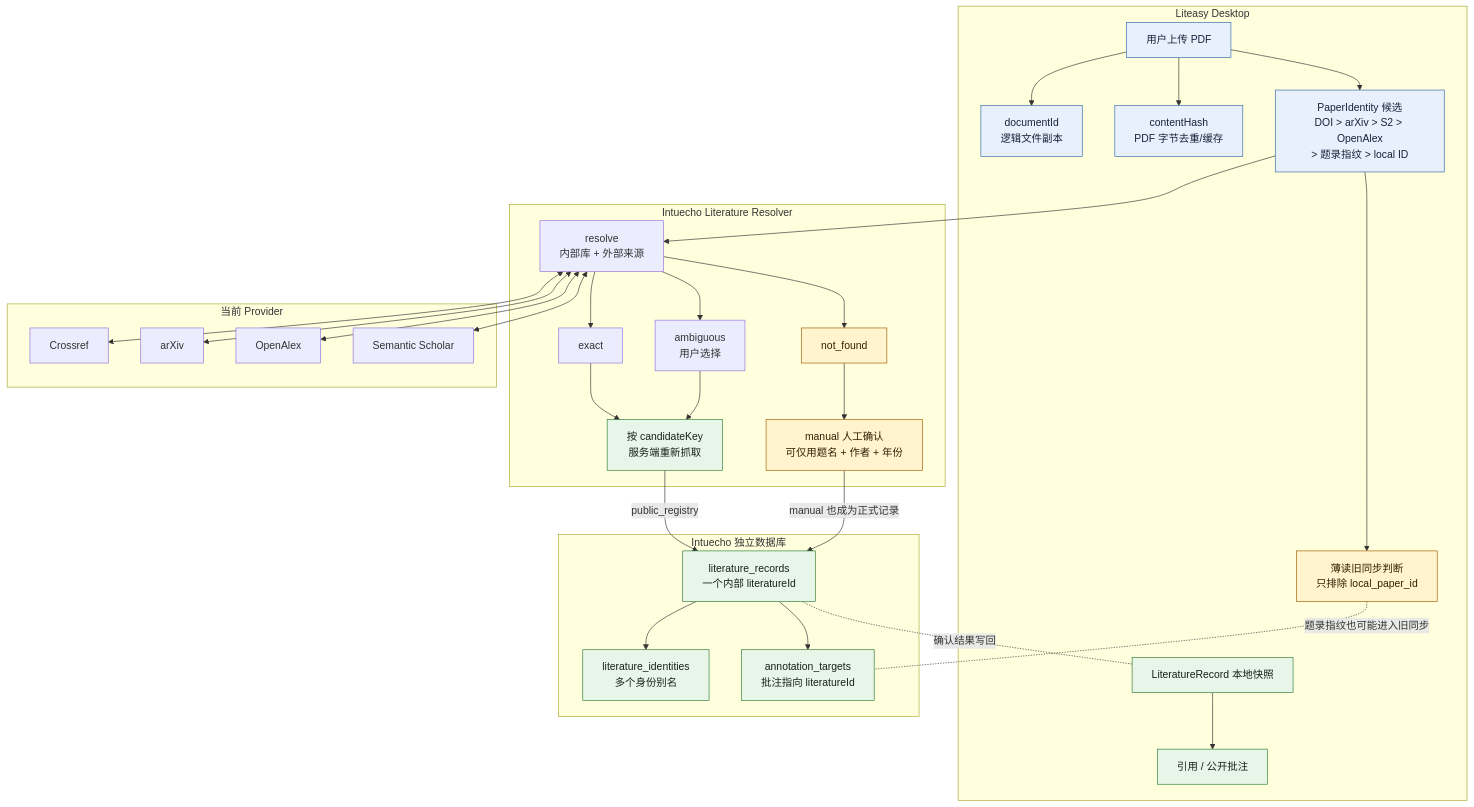
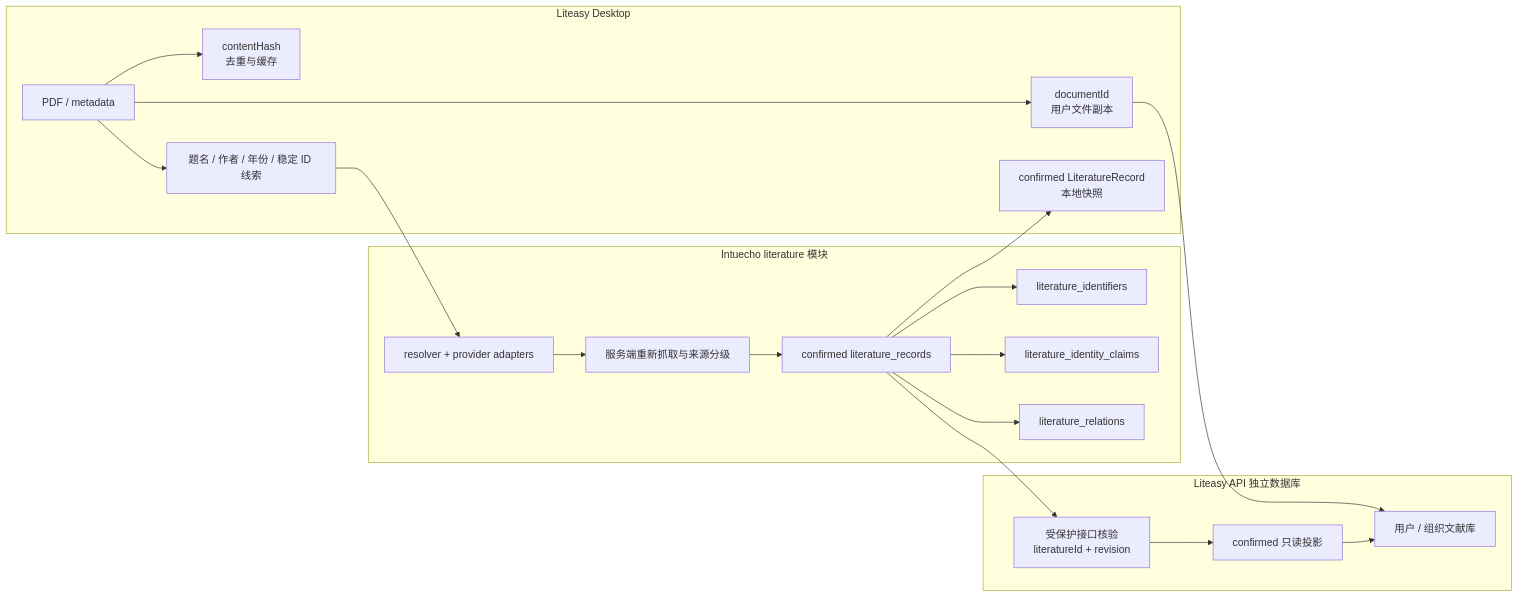
The diagram in docs/design/文献身份.md (Hash012/Liteasy), drawn with Mermaid before and after one commit. The commit also changed other lines of this file and 7 other files, not shown here.

````diff
--- a/docs/design/文献身份.md
+++ b/docs/design/文献身份.md
@@ -3,69 +8,36 @@
 ```mermaid
-flowchart TB
+flowchart LR
   subgraph Desktop["Liteasy Desktop"]
-    PDF["用户上传 PDF"]
-    DOC["documentId<br/>逻辑文件副本"]
-    HASH["contentHash<br/>PDF 字节去重/缓存"]
-    PI["PaperIdentity 候选<br/>DOI > arXiv > S2 > OpenAlex<br/>> 题录指纹 > local ID"]
-    SNAP["LiteratureRecord 本地快照"]
-    PUB["引用 / 公开批注"]
-    LEGACY["薄读旧同步判断<br/>只排除 local_paper_id"]
+    PDF["PDF / metadata"]
+    DOC["documentId<br/>用户文件副本"]
+    HASH["contentHash<br/>去重与缓存"]
+    HINT["题名 / 作者 / 年份 / 稳定 ID 线索"]
+    LOCAL["confirmed LiteratureRecord<br/>本地快照"]
   end
 
-  subgraph Resolver["Intuecho Literature Resolver"]
-    RESOLVE["resolve<br/>内部库 + 外部来源"]
-    EXACT["exact"]
-    AMBIG["ambiguous<br/>用户选择"]
-    NOTFOUND["not_found"]
-    REFETCH["按 candidateKey<br/>服务端重新抓取"]
-    MANUAL["manual 人工确认<br/>可仅用题名 + 作者 + 年份"]
+  subgraph Intuecho["Intuecho literature 模块"]
+    RESOLVE["resolver + provider adapters"]
+    REFRESH["服务端重新抓取与来源分级"]
+    RECORD["confirmed literature_records"]
+    IDS["literature_identifiers"]
+    CLAIMS["literature_identity_claims"]
+    RELATIONS["literature_relations"]
   end
 
-  subgraph Providers["当前 Provider"]
-    CROSSREF["Crossref"]
-    ARXIV["arXiv"]
-    OPENALEX["OpenAlex"]
-    S2["Semantic Scholar"]
-  end
-
-  subgraph IntuechoDB["Intuecho 独立数据库"]
-    RECORD["literature_records<br/>一个内部 literatureId"]
-    IDS["literature_identities<br/>多个身份别名"]
-    TARGET["annotation_targets<br/>批注指向 literatureId"]
+  subgraph LiteasyApi["Liteasy API 独立数据库"]
+    VERIFY["受保护接口核验<br/>literatureId + revision"]
+    PROJECTION["confirmed 只读投影"]
+    LIBRARY["用户 / 组织文献库"]
   end
 
   PDF --> DOC
   PDF --> HASH
-  PDF --> PI
-
-  PI --> RESOLVE
-  RESOLVE <--> CROSSREF
-  RESOLVE <--> ARXIV
-  RESOLVE <--> OPENALEX
-  RESOLVE <--> S2
-
-  RESOLVE --> EXACT
-  RESOLVE --> AMBIG
-  RESOLVE --> NOTFOUND
-  EXACT --> REFETCH
-  AMBIG --> REFETCH
-  NOTFOUND --> MANUAL
-
-  REFETCH -->|public_registry| RECORD
-  MANUAL -->|manual 也成为正式记录| RECORD
+  PDF --> HINT
+  HINT --> RESOLVE --> REFRESH --> RECORD
   RECORD --> IDS
-  RECORD --> TARGET
-  RECORD -.确认结果写回.- SNAP
-  SNAP --> PUB
-
-  PI --> LEGACY
-  LEGACY -.题录指纹也可能进入旧同步.- TARGET
-
-  classDef formal fill:#e8f5e9,stroke:#2e7d32,color:#172019;
-  classDef warn fill:#fff4ce,stroke:#a15c00,color:#302000;
-  classDef local fill:#e8f0fe,stroke:#3568a8,color:#172238;
-
-  class RECORD,IDS,TARGET,REFETCH,SNAP,PUB formal;
-  class MANUAL,LEGACY,NOTFOUND warn;
-  class PDF,DOC,HASH,PI local;
+  RECORD --> CLAIMS
+  RECORD --> RELATIONS
+  RECORD --> LOCAL
+  RECORD --> VERIFY --> PROJECTION --> LIBRARY
+  DOC --> LIBRARY
 ```
````
